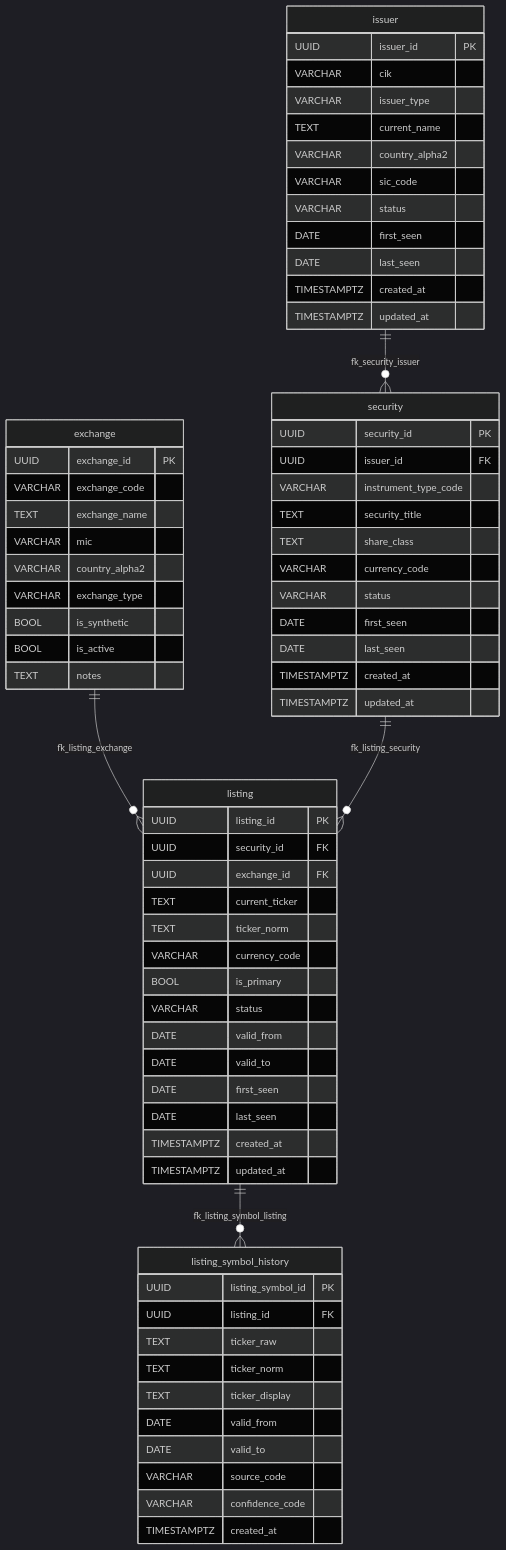
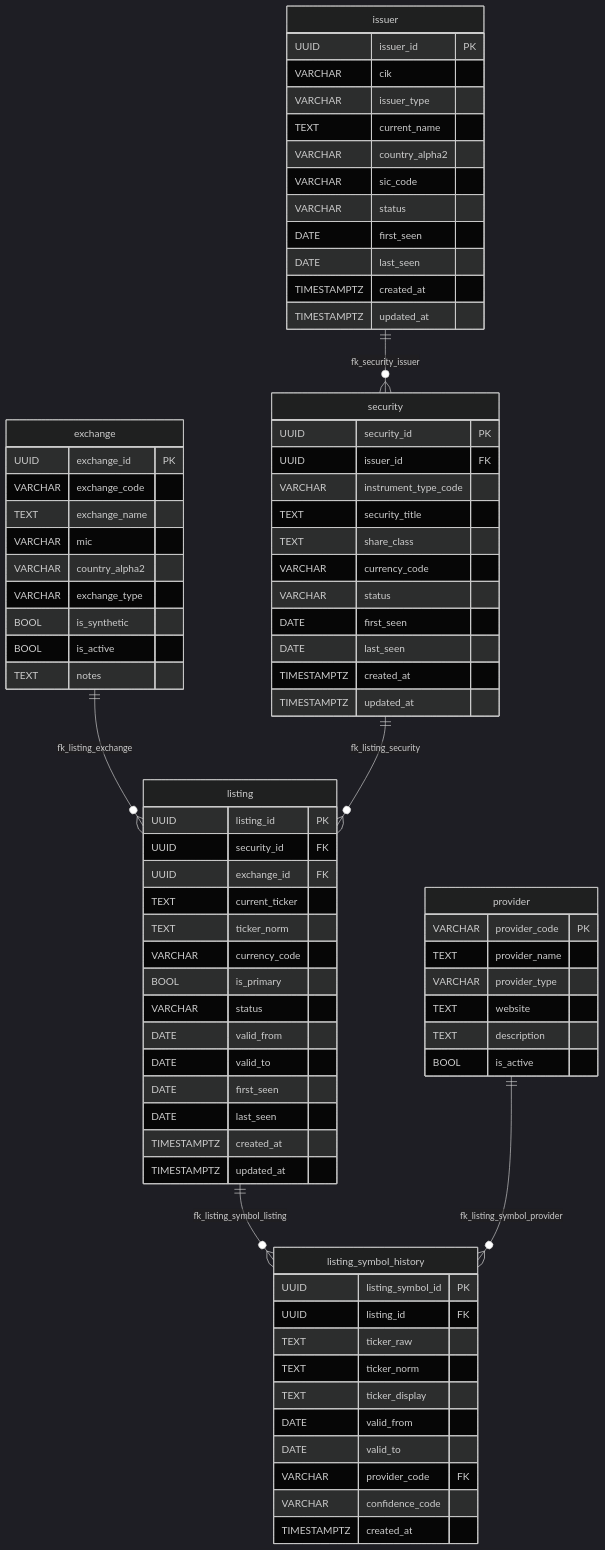
The diagram in docs/db/stonks/generated/erd-groups/security-master-core.md (cmhettinger/empire), drawn with Mermaid (dark theme) before and after one commit. The commit also changed 79 other files, not shown here.

````diff
--- a/docs/db/stonks/generated/erd-groups/security-master-core.md
+++ b/docs/db/stonks/generated/erd-groups/security-master-core.md
@@ -51,9 +51,18 @@
     TEXT ticker_display
     DATE valid_from
     DATE valid_to
-    VARCHAR source_code
+    VARCHAR provider_code FK
     VARCHAR confidence_code
     TIMESTAMPTZ created_at
+  }
+
+  provider {
+    VARCHAR provider_code PK
+    TEXT provider_name
+    VARCHAR provider_type
+    TEXT website
+    TEXT description
+    BOOL is_active
   }
 
   security {
@@ -73,5 +82,6 @@
   exchange ||--o{ listing : "fk_listing_exchange"
   security ||--o{ listing : "fk_listing_security"
   listing ||--o{ listing_symbol_history : "fk_listing_symbol_listing"
+  provider ||--o{ listing_symbol_history : "fk_listing_symbol_provider"
   issuer ||--o{ security : "fk_security_issuer"
 ```
````
